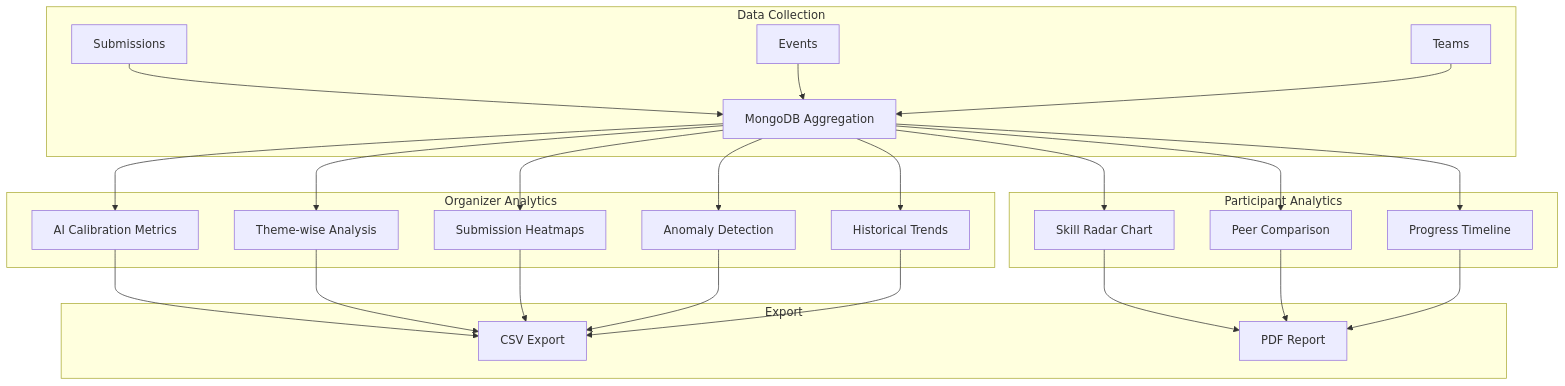
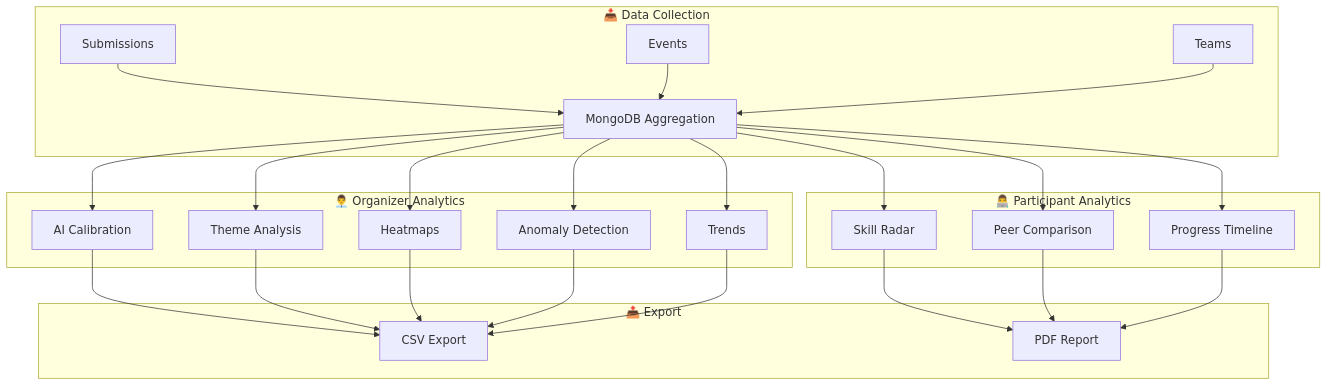
One commit to NischayJoshi/EvalX changed diagram 18 of 18 in README.md. Above: the diagram before and after it, drawn with Mermaid. The commit also changed other lines of this file, not shown here.

````diff
--- a/README.md
+++ b/README.md
@@ -854,27 +858,50 @@
 ```mermaid
-graph TB
-    subgraph "Data Collection"
-        S[Submissions] --> AG[MongoDB Aggregation]
-        E[Events] --> AG
-        T[Teams] --> AG
+flowchart TB
+    subgraph COLLECT["📥 Data Collection"]
+        S["Submissions"]
+        E["Events"]
+        T["Teams"]
+        AG["MongoDB Aggregation"]
+        S --> AG
+        E --> AG
+        T --> AG
     end
     
-    subgraph "Organizer Analytics"
-        AG --> OA1[AI Calibration Metrics]
-        AG --> OA2[Theme-wise Analysis]
-        AG --> OA3[Submission Heatmaps]
-        AG --> OA4[Anomaly Detection]
-        AG --> OA5[Historical Trends]
+    subgraph ORG["👨‍💼 Organizer Analytics"]
+        OA1["AI Calibration"]
+        OA2["Theme Analysis"]
+        OA3["Heatmaps"]
+        OA4["Anomaly Detection"]
+        OA5["Trends"]
     end
     
-    subgraph "Participant Analytics"
-        AG --> PA1[Skill Radar Chart]
-        AG --> PA2[Peer Comparison]
-        AG --> PA3[Progress Timeline]
+    subgraph PART["👨‍💻 Participant Analytics"]
+        PA1["Skill Radar"]
+        PA2["Peer Comparison"]
+        PA3["Progress Timeline"]
     end
     
-    subgraph "Export"
-        OA1 & OA2 & OA3 & OA4 & OA5 --> CSV[CSV Export]
-        PA1 & PA2 & PA3 --> PDF[PDF Report]
+    subgraph EXPORT["📤 Export"]
+        CSV["CSV Export"]
+        PDF["PDF Report"]
     end
+    
+    AG --> OA1
+    AG --> OA2
+    AG --> OA3
+    AG --> OA4
+    AG --> OA5
+    AG --> PA1
+    AG --> PA2
+    AG --> PA3
+    
+    OA1 --> CSV
+    OA2 --> CSV
+    OA3 --> CSV
+    OA4 --> CSV
+    OA5 --> CSV
+    
+    PA1 --> PDF
+    PA2 --> PDF
+    PA3 --> PDF
 ```
````
